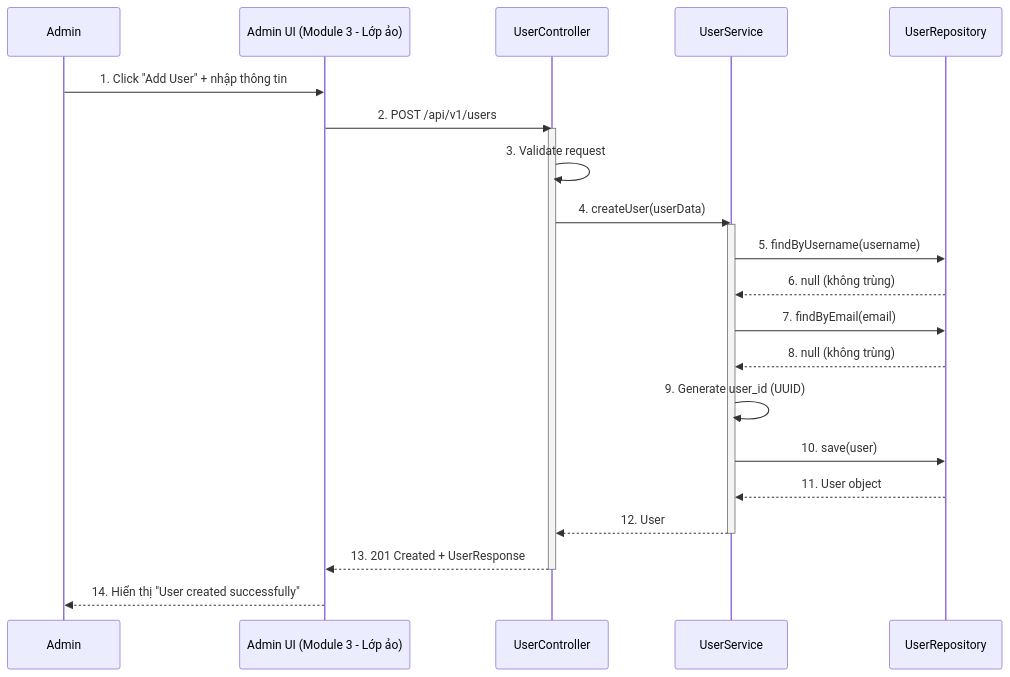
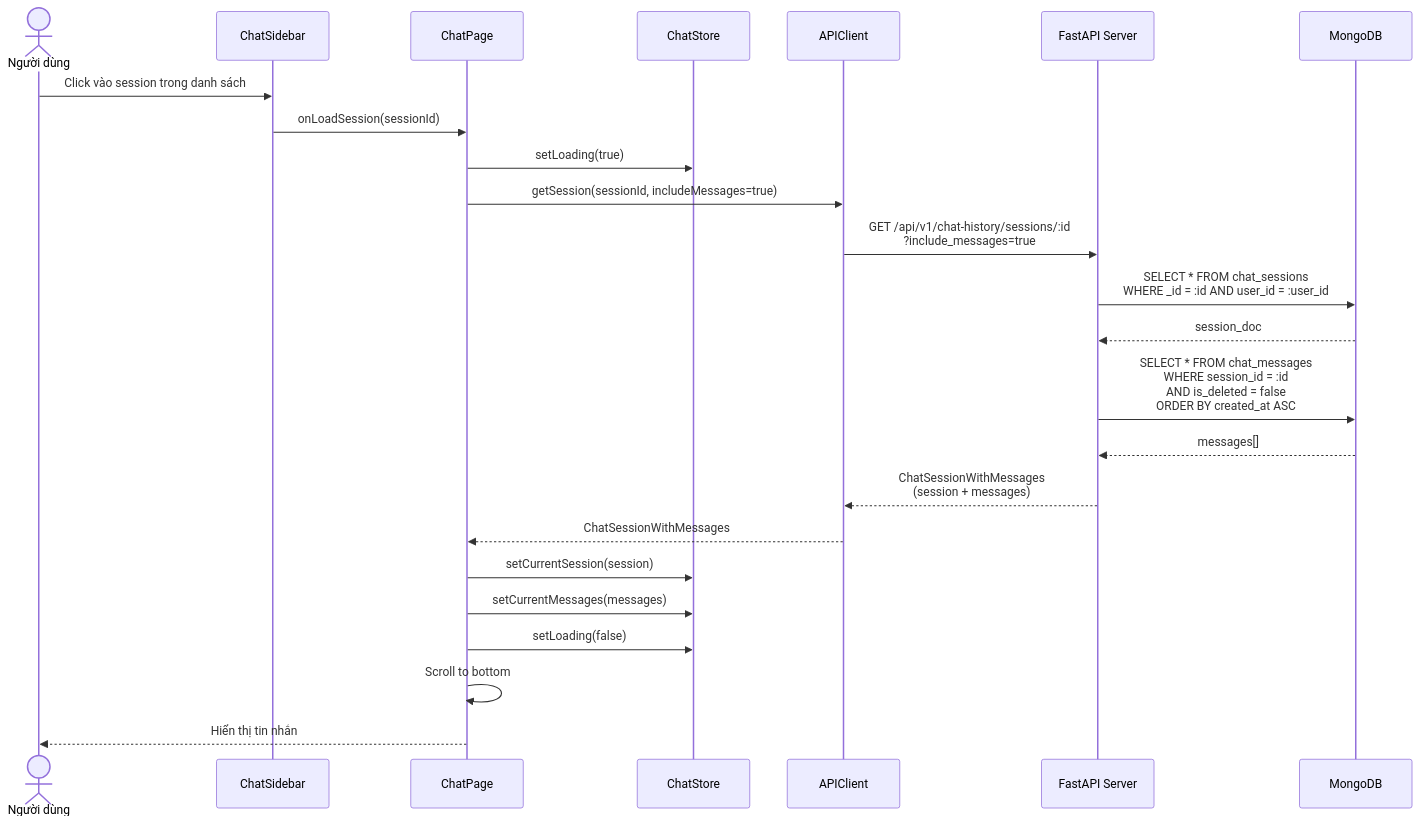
The seventh of 9 diagrams in README.md (tvanle/Module2-HTTM), drawn with Mermaid before and after one commit. The commit also changed other lines of this file, not shown here.

````diff
--- a/README.md
+++ b/README.md
@@ -561,34 +735,32 @@
 ```mermaid
 sequenceDiagram
-    participant Admin as Admin
-    participant AdminUI as Admin UI (Module 3 - Lớp ảo)
-    participant Ctrl as UserController
-    participant Svc as UserService
-    participant Repo as UserRepository
+    actor User as Người dùng
+    participant Sidebar as ChatSidebar
+    participant UI as ChatPage
+    participant Store as ChatStore
+    participant API as APIClient
+    participant Backend as FastAPI Server
+    participant DB as MongoDB
 
-    Admin->>AdminUI: 1. Click "Add User" + nhập thông tin
-    AdminUI->>Ctrl: 2. POST /api/v1/users
-    activate Ctrl
+    User->>Sidebar: Click vào session trong danh sách
+    Sidebar->>UI: onLoadSession(sessionId)
+    UI->>Store: setLoading(true)
 
-    Ctrl->>Ctrl: 3. Validate request
-    Ctrl->>Svc: 4. createUser(userData)
-    activate Svc
+    UI->>API: getSession(sessionId, includeMessages=true)
+    API->>Backend: GET /api/v1/chat-history/sessions/:id<br/>?include_messages=true
 
-    Svc->>Repo: 5. findByUsername(username)
-    Repo-->>Svc: 6. null (không trùng)
+    Backend->>DB: SELECT * FROM chat_sessions<br/>WHERE _id = :id AND user_id = :user_id
+    DB-->>Backend: session_doc
 
-    Svc->>Repo: 7. findByEmail(email)
-    Repo-->>Svc: 8. null (không trùng)
+    Backend->>DB: SELECT * FROM chat_messages<br/>WHERE session_id = :id<br/>AND is_deleted = false<br/>ORDER BY created_at ASC
+    DB-->>Backend: messages[]
 
-    Svc->>Svc: 9. Generate user_id (UUID)
-    Svc->>Repo: 10. save(user)
-    Repo-->>Svc: 11. User object
+    Backend-->>API: ChatSessionWithMessages<br/>(session + messages)
+    API-->>UI: ChatSessionWithMessages
 
-    Svc-->>Ctrl: 12. User
-    deactivate Svc
-
-    Ctrl-->>AdminUI: 13. 201 Created + UserResponse
-    deactivate Ctrl
-
-    AdminUI-->>Admin: 14. Hiển thị "User created successfully"
+    UI->>Store: setCurrentSession(session)
+    UI->>Store: setCurrentMessages(messages)
+    UI->>Store: setLoading(false)
+    UI->>UI: Scroll to bottom
+    UI-->>User: Hiển thị tin nhắn
 ```
````
